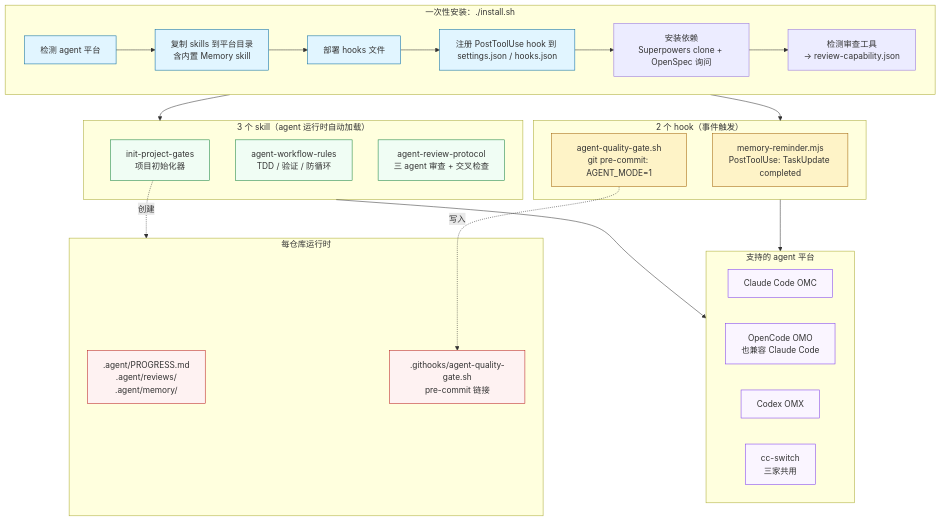
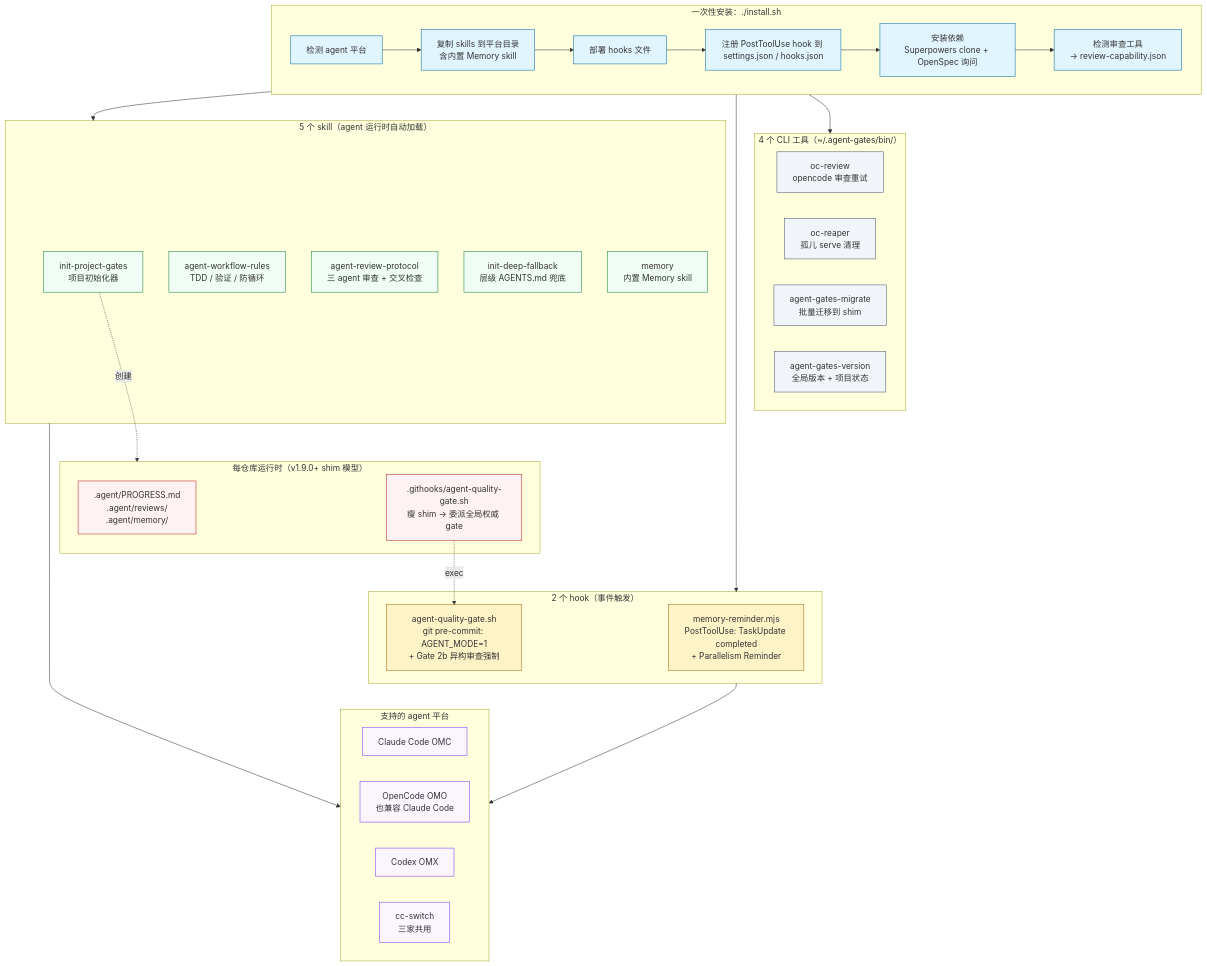
One commit to mcdowell8023/agent-gates changed the first of 5 diagrams in docs/explainer.zh.md. Above: the diagram before and after it, drawn with Mermaid. The commit also changed other lines of this file, not shown here.

````diff
--- a/docs/explainer.zh.md
+++ b/docs/explainer.zh.md
@@ -26,54 +26,66 @@
 ```mermaid
 flowchart TB
     subgraph install["一次性安装：./install.sh"]
         I1[检测 agent 平台]
         I2[复制 skills 到平台目录<br/>含内置 Memory skill]
         I3[部署 hooks 文件]
         I4[注册 PostToolUse hook 到 settings.json / hooks.json]
         I5[安装依赖<br/>Superpowers clone + OpenSpec 询问]
         I6[检测审查工具<br/>→ review-capability.json]
         I1 --> I2 --> I3 --> I4 --> I5 --> I6
     end
 
-    subgraph skills["3 个 skill（agent 运行时自动加载）"]
+    subgraph skills["5 个 skill（agent 运行时自动加载）"]
         S1[init-project-gates<br/>项目初始化器]
         S2[agent-workflow-rules<br/>TDD / 验证 / 防循环]
         S3[agent-review-protocol<br/>三 agent 审查 + 交叉检查]
+        S4[init-deep-fallback<br/>层级 AGENTS.md 兜底]
+        S5[memory<br/>内置 Memory skill]
     end
 
     subgraph hooks["2 个 hook（事件触发）"]
-        H1[memory-reminder.mjs<br/>PostToolUse: TaskUpdate completed]
-        H2[agent-quality-gate.sh<br/>git pre-commit: AGENT_MODE=1]
+        H1[memory-reminder.mjs<br/>PostToolUse: TaskUpdate completed<br/>+ Parallelism Reminder]
+        H2[agent-quality-gate.sh<br/>git pre-commit: AGENT_MODE=1<br/>+ Gate 2b 异构审查强制]
+    end
+
+    subgraph bin["4 个 CLI 工具（~/.agent-gates/bin/）"]
+        B1[oc-review<br/>opencode 审查重试]
+        B2[oc-reaper<br/>孤儿 serve 清理]
+        B3[agent-gates-migrate<br/>批量迁移到 shim]
+        B4[agent-gates-version<br/>全局版本 + 项目状态]
     end
 
     subgraph platforms["支持的 agent 平台"]
         P1[Claude Code OMC]
         P2[OpenCode OMO<br/>也兼容 Claude Code]
         P3[Codex OMX]
         P4[cc-switch<br/>三家共用]
     end
 
-    subgraph runtime["每仓库运行时"]
+    subgraph runtime["每仓库运行时（v1.9.0+ shim 模型）"]
         R1[.agent/PROGRESS.md<br/>.agent/reviews/<br/>.agent/memory/]
-        R2[.githooks/agent-quality-gate.sh<br/>pre-commit 链接]
+        R2[.githooks/agent-quality-gate.sh<br/>瘦 shim → 委派全局权威 gate]
     end
 
     install --> skills
     install --> hooks
+    install --> bin
     skills --> platforms
     hooks --> platforms
     S1 -.创建.-> runtime
-    H2 -.写入.-> R2
+    R2 -.exec.-> H2
 
     classDef install fill:#e1f5ff,stroke:#0369a1
     classDef skill fill:#f0fdf4,stroke:#15803d
     classDef hook fill:#fef3c7,stroke:#a16207
     classDef platform fill:#faf5ff,stroke:#7c3aed
     classDef runtime fill:#fef2f2,stroke:#b91c1c
+    classDef tool fill:#f1f5f9,stroke:#475569
 
-    class I1,I2,I3,I4 install
-    class S1,S2,S3 skill
+    class I1,I2,I3,I4,I5,I6 install
+    class S1,S2,S3,S4,S5 skill
     class H1,H2 hook
     class P1,P2,P3,P4 platform
     class R1,R2 runtime
+    class B1,B2,B3,B4 tool
 ```
````
